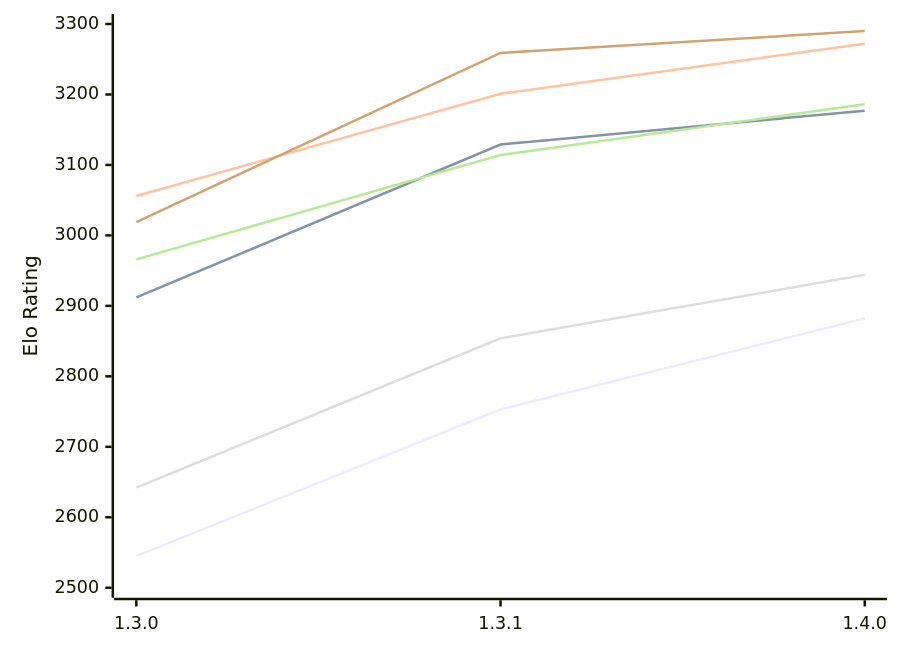
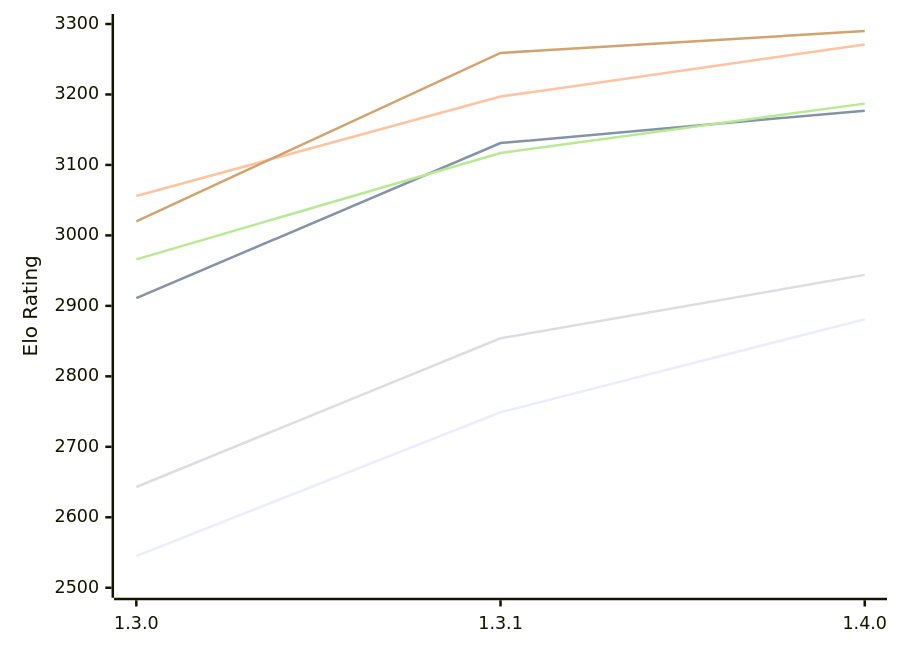
The first of 2 diagrams in engines/Ember.md (computer-chess-index/cci), drawn with Mermaid before and after one commit. The commit also changed other lines of this file, not shown here.

Commit message:
Update CCI Ratings (ELO VLTC) - 2026-11-28

````diff
--- a/engines/Ember.md
+++ b/engines/Ember.md
@@ -53,12 +53,12 @@
 ```mermaid
 %%{init: {"theme":"base","themeVariables":{"seriesColors:['#a3a3a3','#222221','#faa371']}}}%%
 xychart-beta
   x-axis ["1.3.0", "1.3.1", "1.4.0"]
   y-axis "Elo Rating" 2500 --> 3300
-  line "E1: STC (8.0+0.08s)" [2545, 2753, 2882]
-  line "E1: LTC (60.0+0.60s)" [2912, 3129, 3177]
-  line "E1: VLTC (2m24s+1.12s)" [3056, 3201, 3272]
-  line "P1: STC (8.0+0.08s)" [2642, 2854, 2944]
-  line "P1: LTC (60.0+0.60s)" [2966, 3114, 3186]
-  line "P1: VLTC (2m24s+1.12s)" [3019, 3259, 3290]
+  line "E1: STC (8.0+0.08s)" [2545, 2749, 2881]
+  line "E1: LTC (60.0+0.60s)" [2911, 3131, 3177]
+  line "E1: VLTC (2m24s+1.12s)" [3056, 3197, 3271]
+  line "P1: STC (8.0+0.08s)" [2643, 2854, 2944]
+  line "P1: LTC (60.0+0.60s)" [2966, 3117, 3187]
+  line "P1: VLTC (2m24s+1.12s)" [3020, 3259, 3290]
 ```
````
